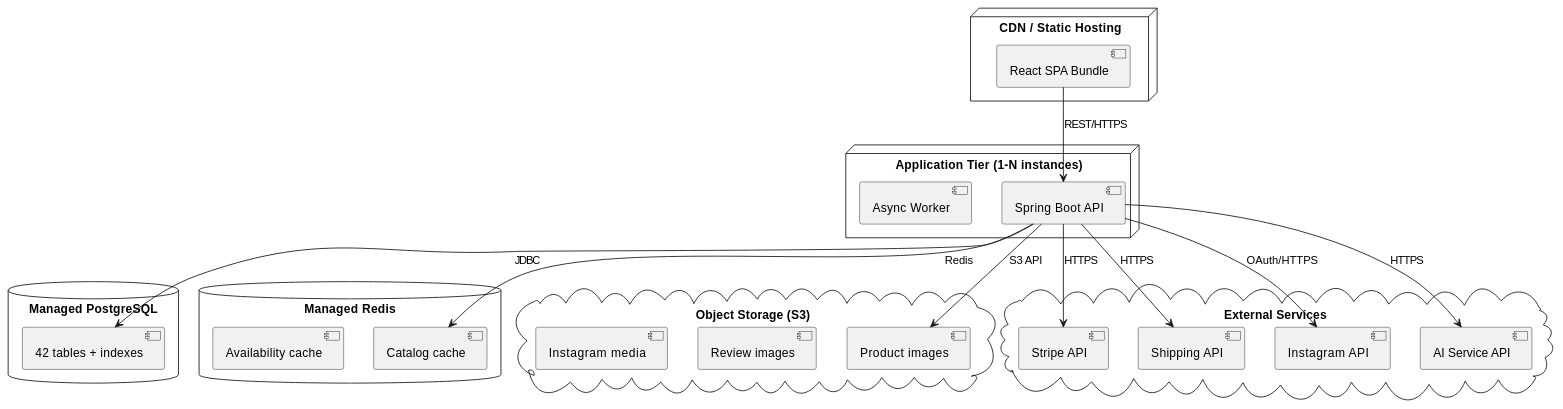
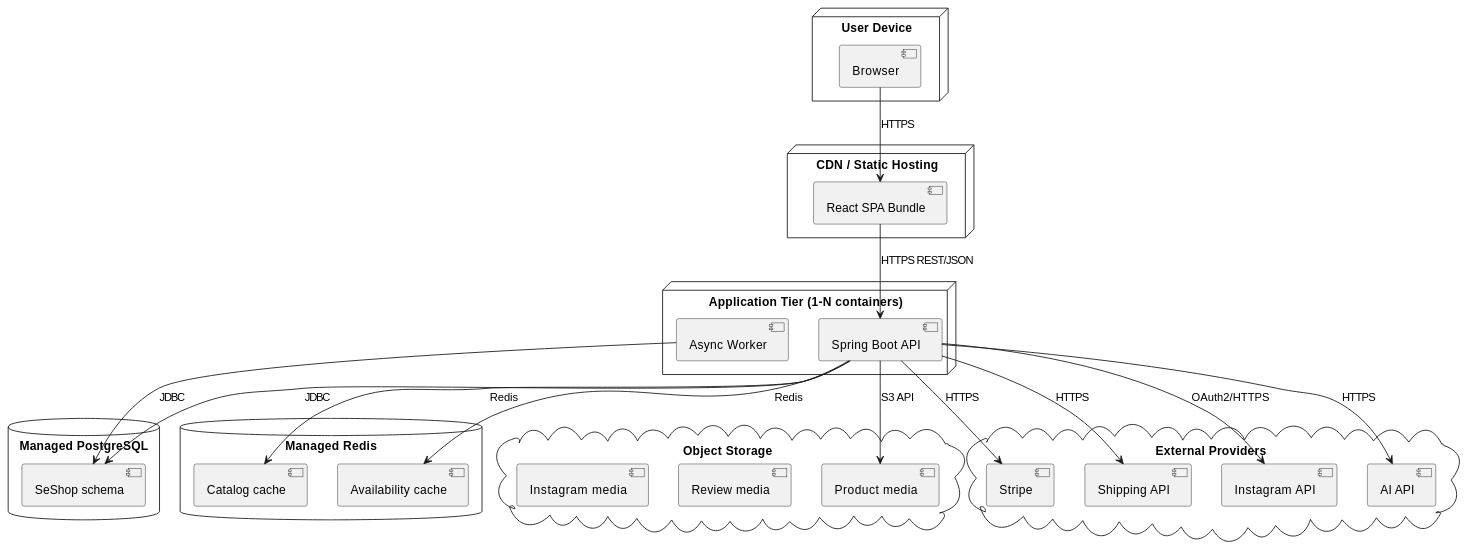
One commit to dieuxuanhien/SeShop changed the sixth of 6 diagrams in docs/3.Design/SESHOP SAD.md. Above: the diagram before and after it, drawn with PlantUML. The commit also changed other lines of this file and 64 other files, not shown here.

````diff
--- a/docs/3.Design/SESHOP SAD.md
+++ b/docs/3.Design/SESHOP SAD.md
@@ -399,43 +782,50 @@
 ```plantuml
 @startuml
+node "User Device" {
+  [Browser]
+}
+
 node "CDN / Static Hosting" {
   [React SPA Bundle]
 }
 
-node "Application Tier (1–N instances)" {
+node "Application Tier (1-N containers)" {
   [Spring Boot API]
   [Async Worker]
 }
 
 database "Managed PostgreSQL" {
-  [42 tables + indexes]
+  [SeShop schema]
 }
 
 database "Managed Redis" {
   [Catalog cache]
   [Availability cache]
 }
 
-cloud "Object Storage (S3)" {
-  [Product images]
-  [Review images]
+cloud "Object Storage" {
+  [Product media]
+  [Review media]
   [Instagram media]
 }
 
-cloud "External Services" {
-  [Stripe API]
+cloud "External Providers" {
+  [Stripe]
   [Shipping API]
   [Instagram API]
-  [AI Service API]
+  [AI API]
 }
 
-[React SPA Bundle] --> [Spring Boot API] : REST/HTTPS
-[Spring Boot API] --> [42 tables + indexes] : JDBC
+[Browser] --> [React SPA Bundle] : HTTPS
+[React SPA Bundle] --> [Spring Boot API] : HTTPS REST/JSON
+[Spring Boot API] --> [SeShop schema] : JDBC
 [Spring Boot API] --> [Catalog cache] : Redis
-[Spring Boot API] --> [Product images] : S3 API
-[Spring Boot API] --> [Stripe API] : HTTPS
+[Spring Boot API] --> [Availability cache] : Redis
+[Spring Boot API] --> [Product media] : S3 API
+[Spring Boot API] --> [Stripe] : HTTPS
 [Spring Boot API] --> [Shipping API] : HTTPS
-[Spring Boot API] --> [Instagram API] : OAuth/HTTPS
-[Spring Boot API] --> [AI Service API] : HTTPS
+[Spring Boot API] --> [Instagram API] : OAuth2/HTTPS
+[Spring Boot API] --> [AI API] : HTTPS
+[Async Worker] --> [SeShop schema] : JDBC
 @enduml
 ```
````
